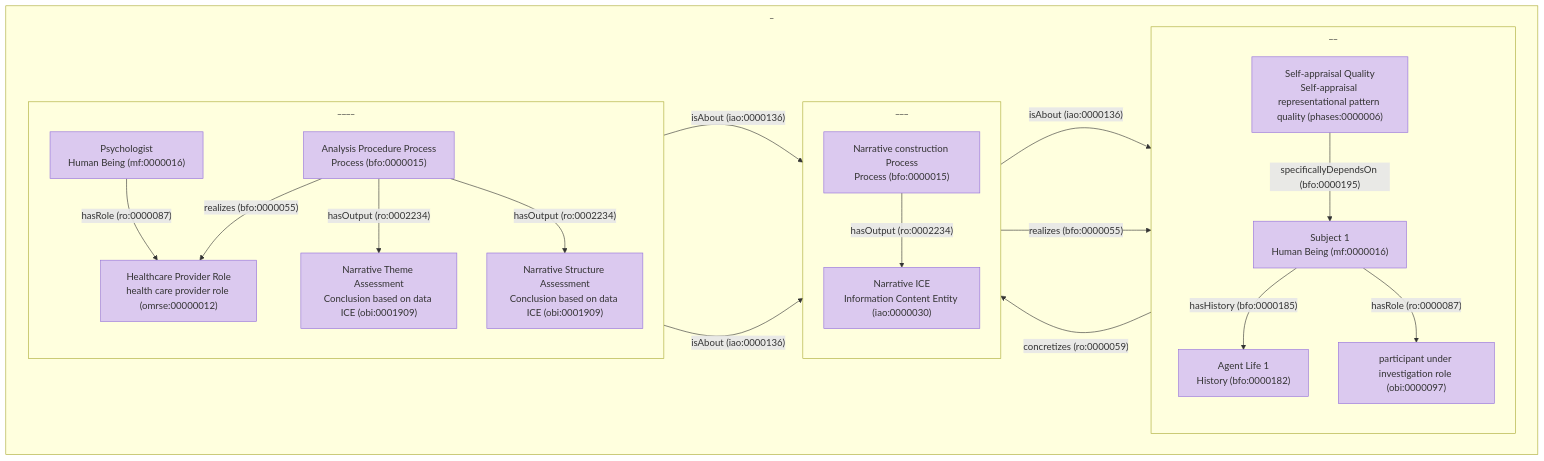
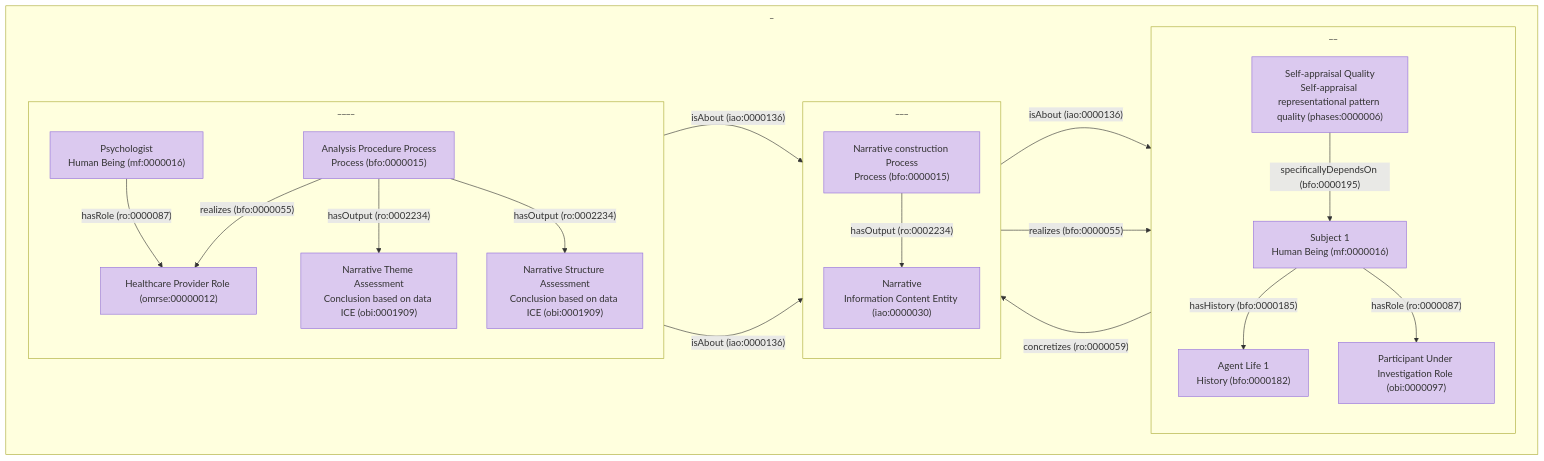
Before and after one commit to Buffalo-Ontology-Group/phases: the diagram in documentation/design_patterns/narrative_assessment/narrative.md, drawn with Mermaid. The commit also changed 1 other file, not shown here.

Commit message:
fixing typos

````diff
--- a/documentation/design_patterns/narrative_assessment/narrative.md
+++ b/documentation/design_patterns/narrative_assessment/narrative.md
@@ -1,77 +1,77 @@
 ```mermaid
 flowchart LR
 
 %% =========================
 %% PREFIXES (CURIEs)
 %% =========================
 %% bfo: http://purl.obolibrary.org/obo/BFO_
 %% ro:  http://purl.obolibrary.org/obo/RO_
 %% iao: http://purl.obolibrary.org/obo/IAO_
 %% obi: http://purl.obolibrary.org/obo/OBI_
 %% omrse: http://purl.obolibrary.org/obo/OMRSE_
 %% mf: http://purl.obolibrary.org/obo/MF_
 %% phases: http://purl.obolibrary.org/obo/PHASES_
 
 %% =========================
 %% INDIVIDUALS (ABOX ONLY)
 %% =========================
 
 subgraph _
 direction LR
 
 subgraph __
 direction TB
 Narrative_Agent_1["Subject 1\nHuman Being (mf:0000016)"]
 Agent_Life_1["Agent Life 1\nHistory (bfo:0000182)"]
 Self1["Self-appraisal Quality\nSelf-appraisal representational pattern quality (phases:0000006)"]
-Role2["participant under investigation role (obi:0000097)"]
+Role2["Participant Under Investigation Role (obi:0000097)"]
 end
 
 subgraph ___
 direction TB
 Narrative_Construction["Narrative construction Process\nProcess (bfo:0000015)"]
-ICE_instance["Narrative ICE\nInformation Content Entity (iao:0000030)"]
+ICE_instance["Narrative\nInformation Content Entity (iao:0000030)"]
 end
 
 subgraph ____
 direction TB
 Psychologist["Psychologist\nHuman Being (mf:0000016)"]
 Analysis["Analysis Procedure Process\nProcess (bfo:0000015)"]
 Narrative_Theme["Narrative Theme Assessment\nConclusion based on data ICE (obi:0001909)"]
 Narrative_Structure_Assessment["Narrative Structure Assessment\nConclusion based on data ICE (obi:0001909)"]
-Role1["Healthcare Provider Role\nhealth care provider role (omrse:00000012)"]
+Role1["Healthcare Provider Role (omrse:00000012)"]
 end
 
 end
 
 %% =========================
 %% RELATIONS (CURIEs)
 %% =========================
 
 Narrative_Agent_1 -->|"hasHistory (bfo:0000185)"| Agent_Life_1
 Narrative_Agent_1 -->|"hasRole (ro:0000087)"| Role2
 
 Narrative_Construction -->|"hasOutput (ro:0002234)"| ICE_instance
 ICE_instance -->|"isAbout (iao:0000136)"| Agent_Life_1
 
 Narrative_Construction -->|"realizes (bfo:0000055)"| Role2
 Analysis -->|"realizes (bfo:0000055)"| Role1
 Psychologist -->|"hasRole (ro:0000087)"| Role1
 
 Analysis -->|"hasOutput (ro:0002234)"| Narrative_Theme
 Analysis -->|"hasOutput (ro:0002234)"| Narrative_Structure_Assessment
 
 Narrative_Theme -->|"isAbout (iao:0000136)"| ICE_instance
 Narrative_Structure_Assessment -->|"isAbout (iao:0000136)"| ICE_instance
 
 Self1 -->|"concretizes (ro:0000059)"| ICE_instance
 Self1 -->|"specificallyDependsOn (bfo:0000195)"| Narrative_Agent_1
 
 %% =========================
 %% STYLING
 %% =========================
 
 classDef individual fill:#dbc9ef
 
 class Narrative_Agent_1,Agent_Life_1,Self1,Role2,Narrative_Construction,ICE_instance,Psychologist,Analysis,Narrative_Theme,Narrative_Structure_Assessment,Role1 individual
 ```
````
